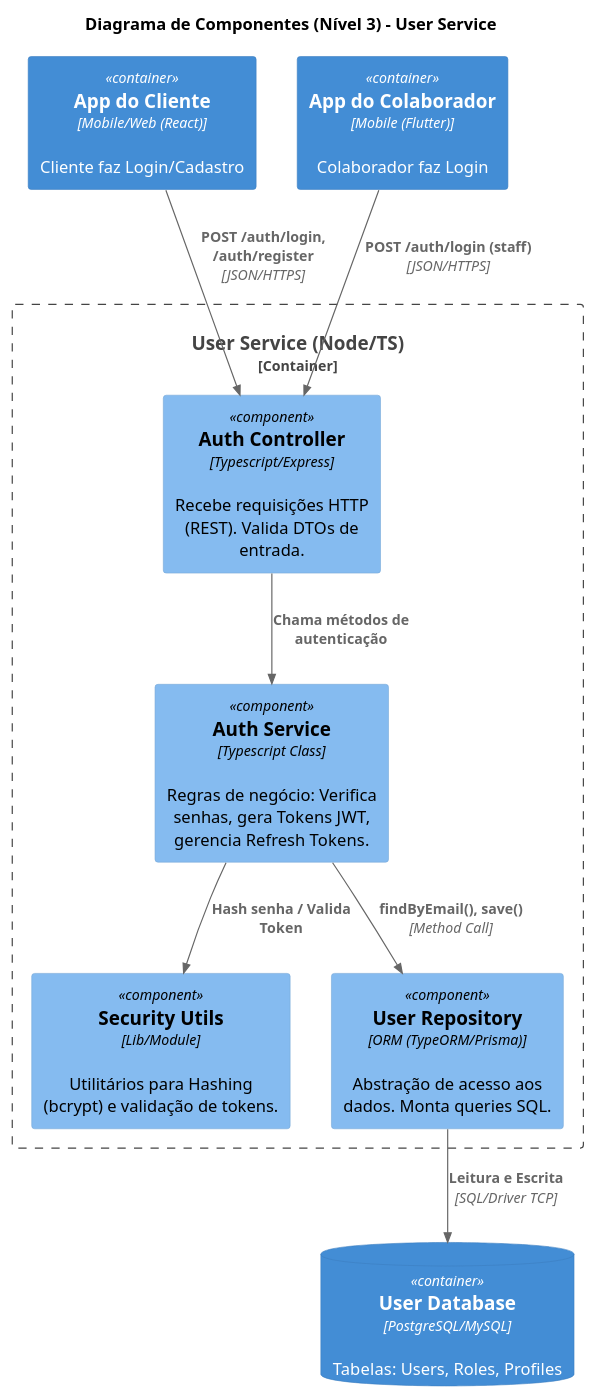
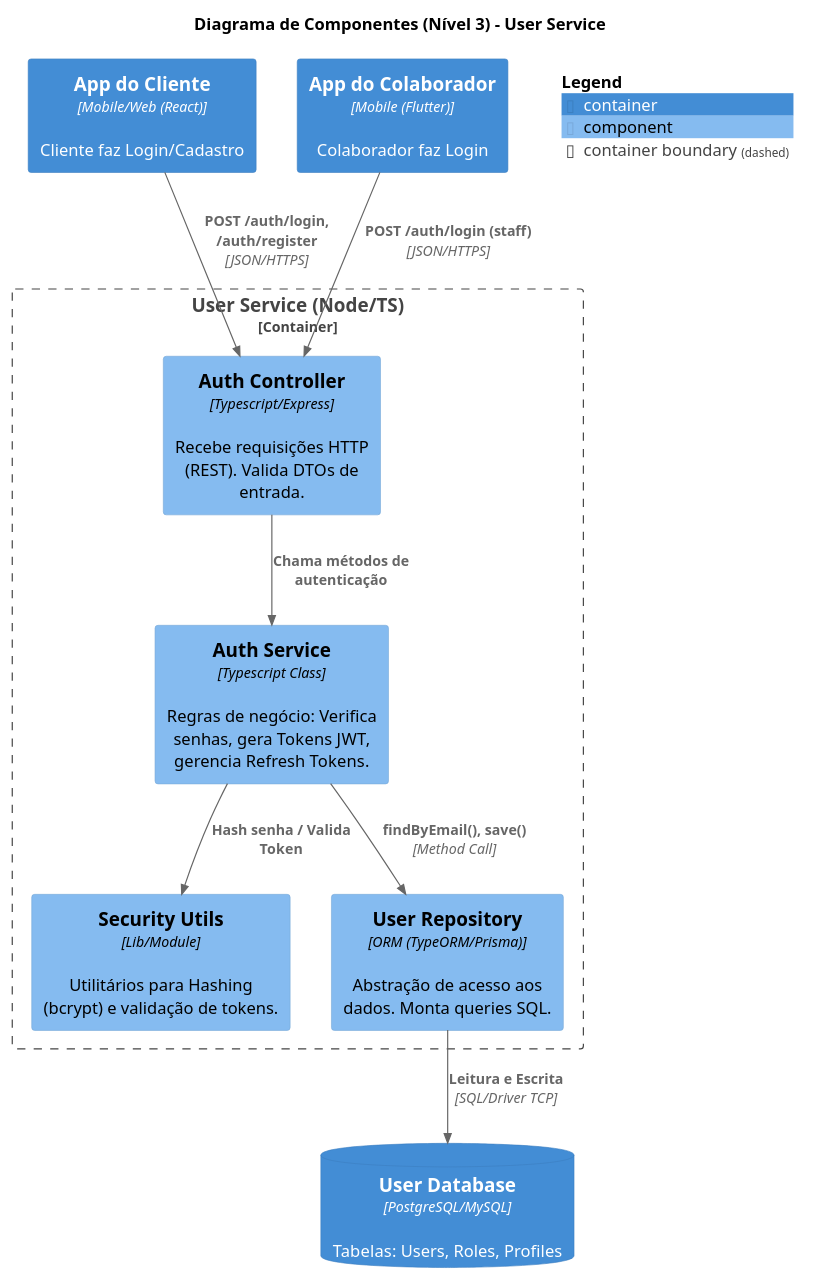
The diagram in documents/diagrams/UserService.puml (brunomascioli/cinema-microsservices), drawn with PlantUML before and after one commit.

Commit message:
add floating legend at UserService.puml

```diff
--- a/documents/diagrams/UserService.puml
+++ b/documents/diagrams/UserService.puml
@@ -1,47 +1,49 @@
 @startuml
 !include https://raw.githubusercontent.com/plantuml-stdlib/C4-PlantUML/master/C4_Component.puml
 
 ' Customização visual
 SKINPARAM PACKAGE_STYLE rect
 SHOW_PERSON_OUTLINE()
 
 title Diagrama de Componentes (Nível 3) - User Service
 
 ' --- CONTAINERS FRONTEIRAS (Mantidos como referência) ---
 Container(app_cliente, "App do Cliente", "Mobile/Web (React)", "Cliente faz Login/Cadastro")
 Container(app_staff, "App do Colaborador", "Mobile (Flutter)", "Colaborador faz Login")
 
 ' --- INFRAESTRUTURA DE DADOS ---
 ' No nível 3, o banco de dados volta a aparecer, pois os componentes precisam conectar nele
 ContainerDb(user_db, "User Database", "PostgreSQL/MySQL", "Tabelas: Users, Roles, Profiles")
 
 ' --- O MICROSSERVIÇO POR DENTRO ---
 Container_Boundary(user_service, "User Service (Node/TS)") {
 
     Component(auth_controller, "Auth Controller", "Typescript/Express", "Recebe requisições HTTP (REST). Valida DTOs de entrada.")
 
     Component(auth_service, "Auth Service", "Typescript Class", "Regras de negócio: Verifica senhas, gera Tokens JWT, gerencia Refresh Tokens.")
 
     Component(security_utils, "Security Utils", "Lib/Module", "Utilitários para Hashing (bcrypt) e validação de tokens.")
 
     Component(user_repository, "User Repository", "ORM (TypeORM/Prisma)", "Abstração de acesso aos dados. Monta queries SQL.")
 
 }
 
 ' --- RELACIONAMENTOS ---
 
 ' 1. Fluxo de Entrada (Apps -> Controller)
 Rel(app_cliente, auth_controller, "POST /auth/login, /auth/register", "JSON/HTTPS")
 Rel(app_staff, auth_controller, "POST /auth/login (staff)", "JSON/HTTPS")
 
 ' 2. Fluxo Interno (Controller -> Service)
 Rel(auth_controller, auth_service, "Chama métodos de autenticação")
 
 ' 3. Fluxo de Lógica (Service usa Utils e Repository)
 Rel(auth_service, security_utils, "Hash senha / Valida Token")
 Rel(auth_service, user_repository, "findByEmail(), save()", "Method Call")
 
 ' 4. Fluxo de Dados (Repository -> Banco)
 Rel(user_repository, user_db, "Leitura e Escrita", "SQL/Driver TCP")
 
+SHOW_FLOATING_LEGEND()
+
 @enduml
```
